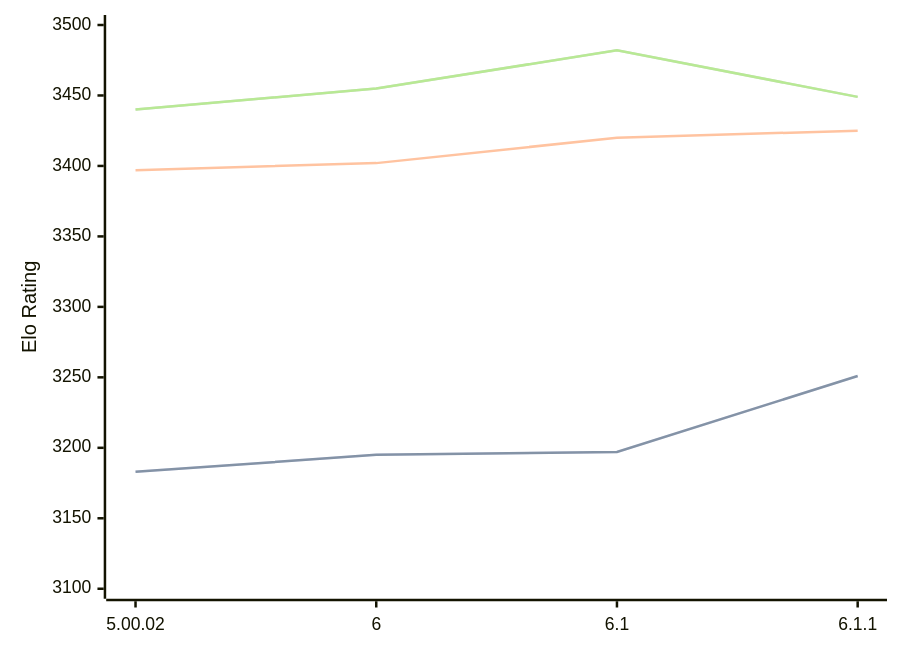
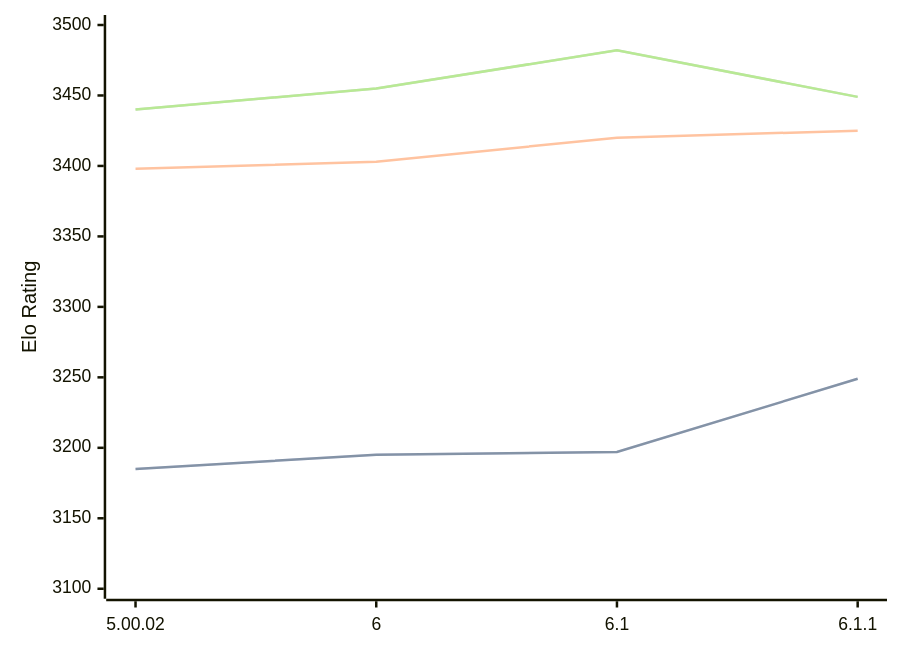
The diagram in engines/Zangdar.md (computer-chess-index/cci), drawn with Mermaid before and after one commit. The commit also changed other lines of this file, not shown here.

````diff
--- a/engines/Zangdar.md
+++ b/engines/Zangdar.md
@@ -46,11 +46,11 @@
 ```mermaid
 %%{init: {"theme":"base","themeVariables":{"seriesColors:['#a3a3a3','#222221','#faa371']}}}%%
 xychart-beta
   x-axis ["5.00.02", "6", "6.1", "6.1.1"]
   y-axis "Elo Rating" 3100 --> 3500
-  line "STC (8.0+0.08s)" [3183, 3195, 3197, 3251]
-  line "STC (8.0+0.08s)" [3183, 3195, 3197, 3251]
-  line "LTC (60.0+0.60s)" [3397, 3402, 3420, 3425]
+  line "STC (8.0+0.08s)" [3185, 3195, 3197, 3249]
+  line "STC (8.0+0.08s)" [3185, 3195, 3197, 3249]
+  line "LTC (60.0+0.60s)" [3398, 3403, 3420, 3425]
   line "VLTC (2m24s+1.12s)" [3440, 3455, 3482, 3449]
   line "VLTC (2m24s+1.12s)" [3440, 3455, 3482, 3449]
 ```
````
